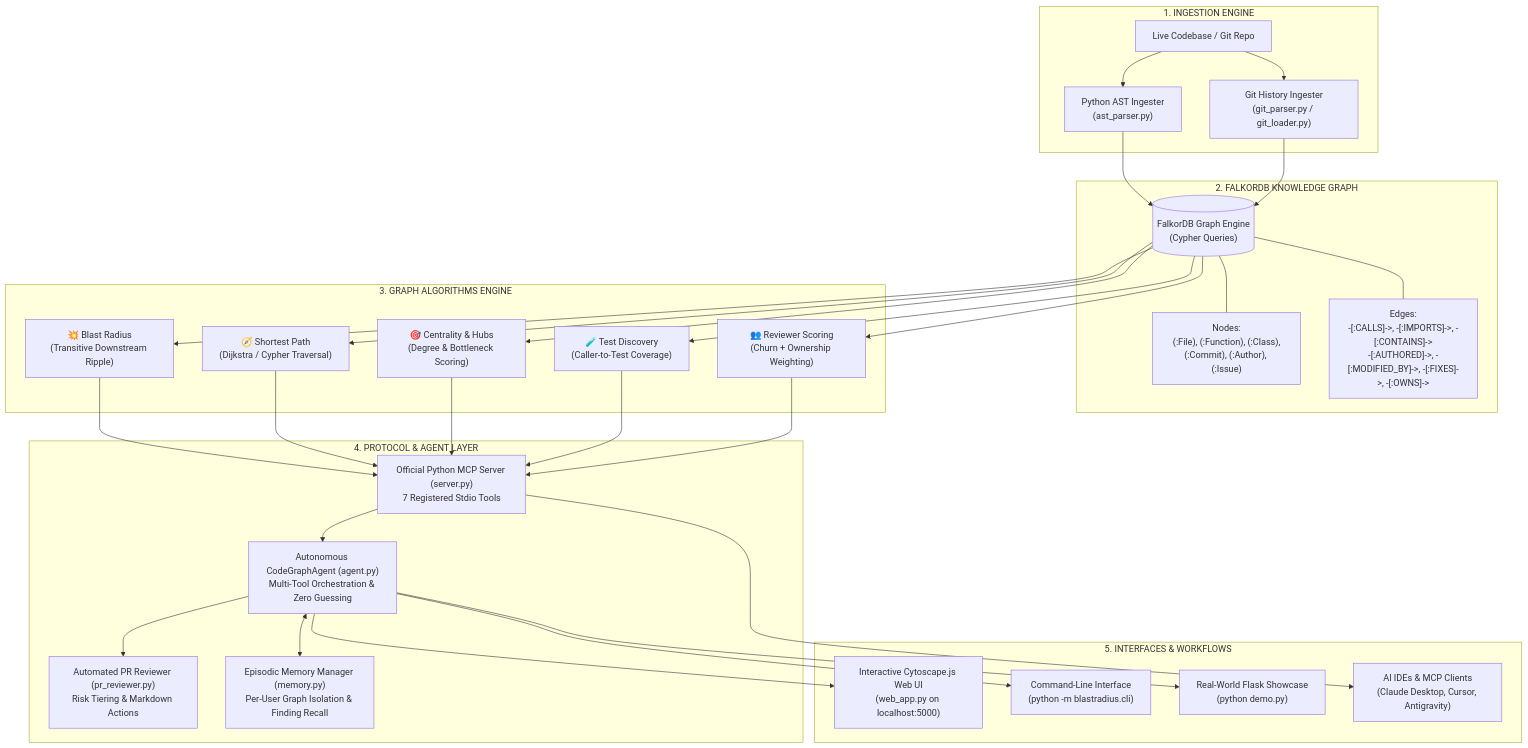
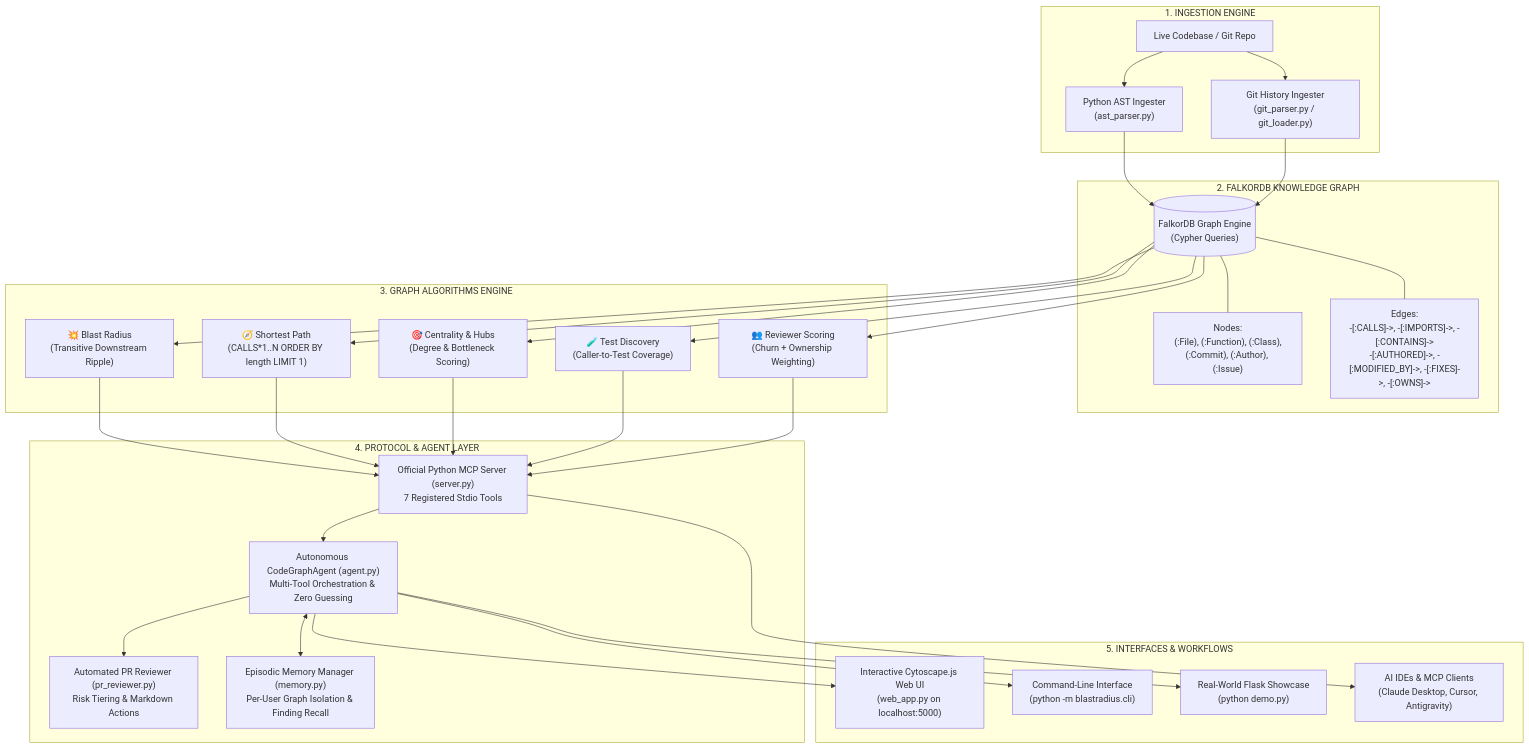
Before and after one commit to hemanth-sai29/blastradius: the diagram in README.md, drawn with Mermaid.

Commit message:
fix: correct README claims - accurate Cypher description, real timing numbers, AI disclosure

````diff
--- a/README.md
+++ b/README.md
@@ -40,58 +40,58 @@
 ```mermaid
 flowchart TD
     subgraph INGEST["1. INGESTION ENGINE"]
         REPO["Live Codebase / Git Repo"]
         AST["Python AST Ingester<br/>(ast_parser.py)"]
         GIT["Git History Ingester<br/>(git_parser.py / git_loader.py)"]
         REPO --> AST
         REPO --> GIT
     end
 
     subgraph GRAPH["2. FALKORDB KNOWLEDGE GRAPH"]
         FALKOR[("FalkorDB Graph Engine<br/>(Cypher Queries)")]
         N_NODES["Nodes:<br/>(:File), (:Function), (:Class),<br/>(:Commit), (:Author), (:Issue)"]
         E_EDGES["Edges:<br/>-[:CALLS]->, -[:IMPORTS]->, -[:CONTAINS]-><br/>-[:AUTHORED]->, -[:MODIFIED_BY]->, -[:FIXES]->, -[:OWNS]->"]
         AST --> FALKOR
         GIT --> FALKOR
         FALKOR --- N_NODES
         FALKOR --- E_EDGES
     end
 
     subgraph ALGO["3. GRAPH ALGORITHMS ENGINE"]
         BLAST["💥 Blast Radius<br/>(Transitive Downstream Ripple)"]
-        PATH["🧭 Shortest Path<br/>(Dijkstra / Cypher Traversal)"]
+        PATH["🧭 Shortest Path<br/>(CALLS*1..N ORDER BY length LIMIT 1)"]
         HUBS["🎯 Centrality & Hubs<br/>(Degree & Bottleneck Scoring)"]
         TESTS["🧪 Test Discovery<br/>(Caller-to-Test Coverage)"]
         REV["👥 Reviewer Scoring<br/>(Churn + Ownership Weighting)"]
         
         FALKOR --> BLAST
         FALKOR --> PATH
         FALKOR --> HUBS
         FALKOR --> TESTS
         FALKOR --> REV
     end
 
     subgraph PROTOCOL["4. PROTOCOL & AGENT LAYER"]
         MCP["Official Python MCP Server (server.py)<br/>7 Registered Stdio Tools"]
         AGENT["Autonomous CodeGraphAgent (agent.py)<br/>Multi-Tool Orchestration & Zero Guessing"]
         REVIEWER["Automated PR Reviewer (pr_reviewer.py)<br/>Risk Tiering & Markdown Actions"]
         MEMORY["Episodic Memory Manager (memory.py)<br/>Per-User Graph Isolation & Finding Recall"]
         
         BLAST & PATH & HUBS & TESTS & REV --> MCP
         MCP --> AGENT
         AGENT --> REVIEWER
         AGENT <--> MEMORY
     end
 
     subgraph CONSUMERS["5. INTERFACES & WORKFLOWS"]
         WEB["Interactive Cytoscape.js Web UI<br/>(web_app.py on localhost:5000)"]
         CLI["Command-Line Interface<br/>(python -m blastradius.cli)"]
         DEMO["Real-World Flask Showcase<br/>(python demo.py)"]
         IDEs["AI IDEs & MCP Clients<br/>(Claude Desktop, Cursor, Antigravity)"]
         
         AGENT --> WEB
         AGENT --> CLI
         AGENT --> DEMO
         MCP --> IDEs
     end
 ```
````
